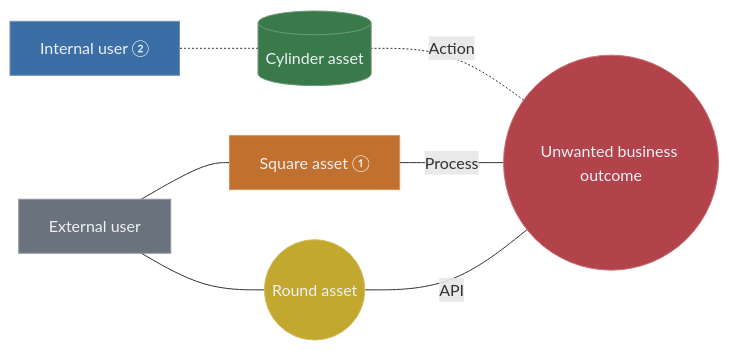
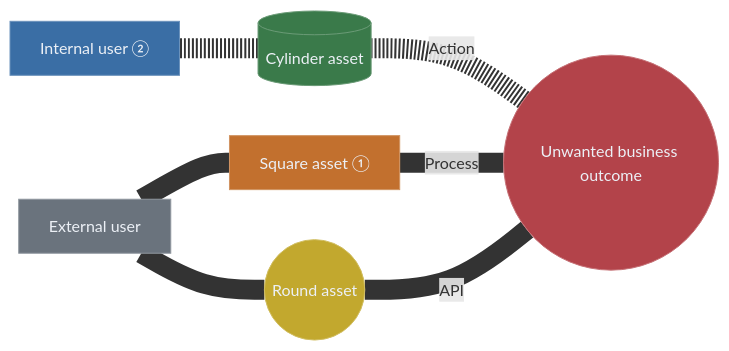
One commit to tomituominen/APME changed the diagram in sample-graph.md. Above: the diagram before and after it, drawn with Mermaid. The commit also changed 1 other file, not shown here.

Commit message:
Thicker edges: 2× in the editor, 4× in the saved Mermaid
Lines read thin when a saved diagram is viewed zoomed-out on GitHub, so the
two contexts now use different widths off the same 5px baseline:

- Editor: EDGE_WIDTH 5→10, EDGE_WIDTH_SELECTED 10→20 (covers solid, dotted,
  straight and bent edges — they all derive from these constants).
- Saved .md: exportMermaid emits `linkStyle default stroke-width:20px;`
  (EXPORT_EDGE_WIDTH). Dotted lines stay dotted (the dasharray comes from the
  `-.-` link type, not linkStyle); the loader ignores linkStyle, so the
  round-trip is unaffected.

Regenerated sample-graph.md to include the directive. Verified: editor lines
visibly thicker, export carries the linkStyle line, dotted/solid preserved,
load→export→reload still lossless (6 nodes / 6 edges).

````diff
--- a/sample-graph.md
+++ b/sample-graph.md
@@ -3,26 +3,27 @@
 ```mermaid
 %% APM-DATA: {"v":1,"dir":"RL","master":"n2","pos":{"n2":[0,0],"n4":[-390,-227],"n5":[-390,-27],"n6":[-390,173],"n7":[-770,-235],"n8":[-770,65]},"bends":{"n2|n4":[-0.0741,0.3825],"n2|n5":[-0.0181,0.0348],"n2|n6":[-0.0486,-0.3349]},"notes":{"n5":"Important note about the asset","n7":"Important note about the user"}}
 flowchart RL
   n2(("Unwanted business outcome"))
   n4[("Cylinder asset")]
   n5["Square asset ①"]
   n6(("Round asset"))
   n7["Internal user ②"]
   n8["External user"]
   n2 -.-|"Action"| n4
   n2 ---|"Process"| n5
   n2 ---|"API"| n6
   n4 -.- n7
   n5 --- n8
   n6 --- n8
+  linkStyle default stroke-width:20px;
 
   style n2 fill:#b3434a,stroke:#c67277,color:#ecf0f6
   style n4 fill:#3a7a4a,stroke:#6b9b77,color:#ecf0f6
   style n5 fill:#c2702e,stroke:#d19462,color:#ecf0f6
   style n6 fill:#c2a82e,stroke:#d1be62,color:#ecf0f6
   style n7 fill:#3a6ea5,stroke:#6b92bc,color:#ecf0f6
   style n8 fill:#6a737d,stroke:#8f969e,color:#ecf0f6
 
   click n5 "#note-n5" "Square asset"
   click n7 "#note-n7" "Internal user"
 ```
````
